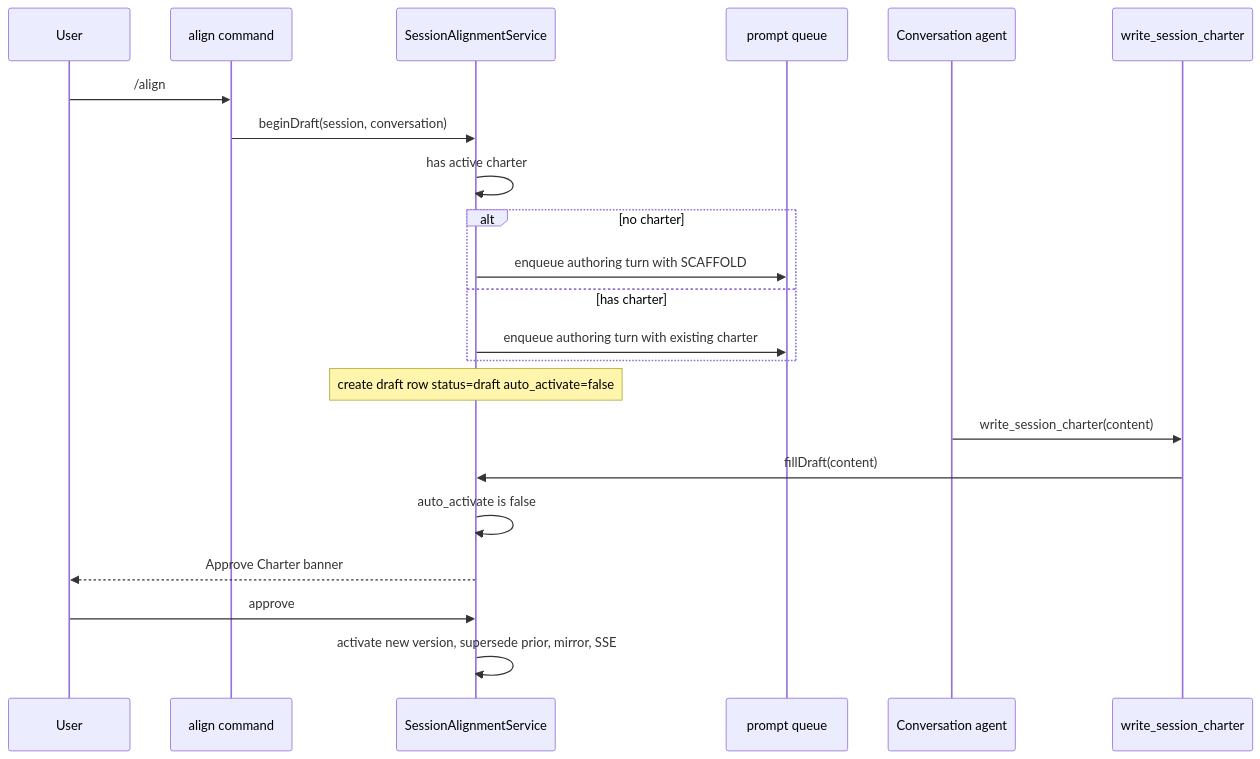
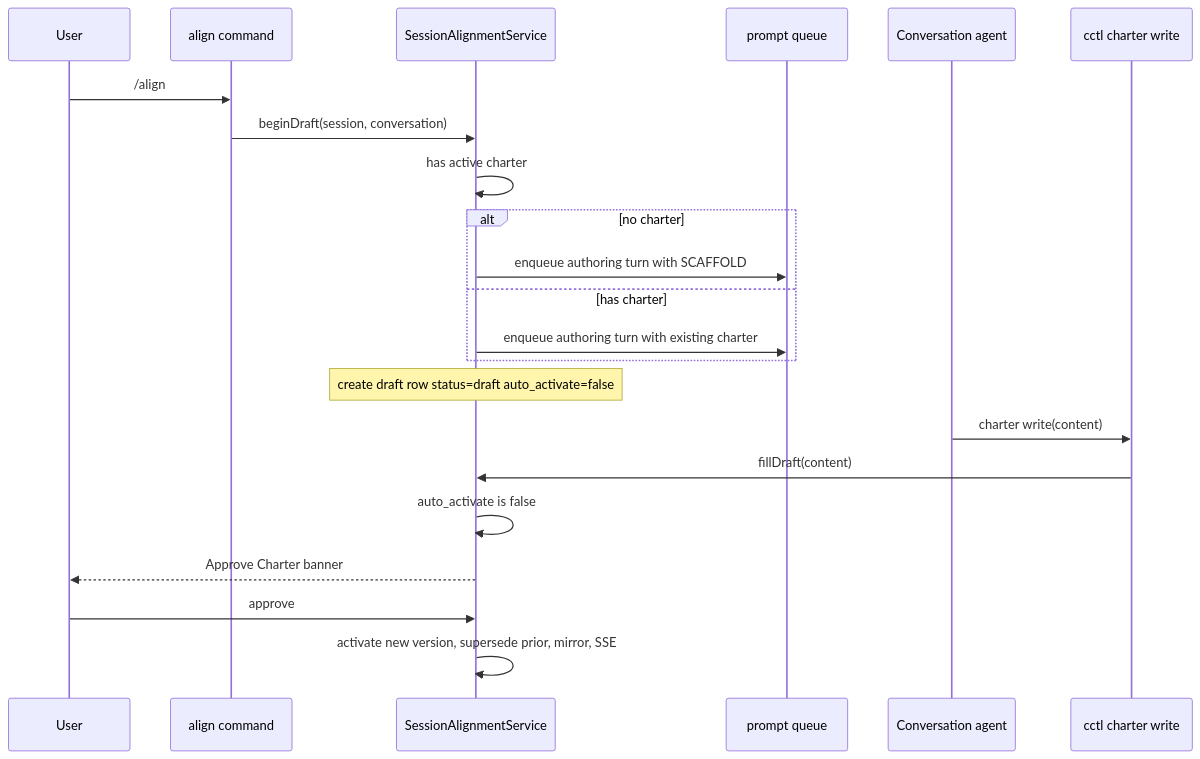
The second of 5 diagrams in .kiro/specs/session-alignment/design.md (amhuppert/remote-ai-manager), drawn with Mermaid before and after one commit. The commit also changed other lines of this file and 32 other files, not shown here.

First line of the commit message:
Fix session alignment decision review flow

````diff
--- a/.kiro/specs/session-alignment/design.md
+++ b/.kiro/specs/session-alignment/design.md
@@ -177,24 +180,24 @@
 ```mermaid
 sequenceDiagram
   participant U as User
   participant Cmd as align command
   participant Svc as SessionAlignmentService
   participant Q as prompt queue
   participant Agent as Conversation agent
-  participant Tool as write_session_charter
+  participant CLI as cctl charter write
   U->>Cmd: /align
   Cmd->>Svc: beginDraft(session, conversation)
   Svc->>Svc: has active charter
   alt no charter
     Svc->>Q: enqueue authoring turn with SCAFFOLD
   else has charter
     Svc->>Q: enqueue authoring turn with existing charter
   end
   Note over Svc: create draft row status=draft auto_activate=false
-  Agent->>Tool: write_session_charter(content)
-  Tool->>Svc: fillDraft(content)
+  Agent->>CLI: charter write(content)
+  CLI->>Svc: fillDraft(content)
   Svc->>Svc: auto_activate is false
   Svc-->>U: Approve Charter banner
   U->>Svc: approve
   Svc->>Svc: activate new version, supersede prior, mirror, SSE
 ```
````
